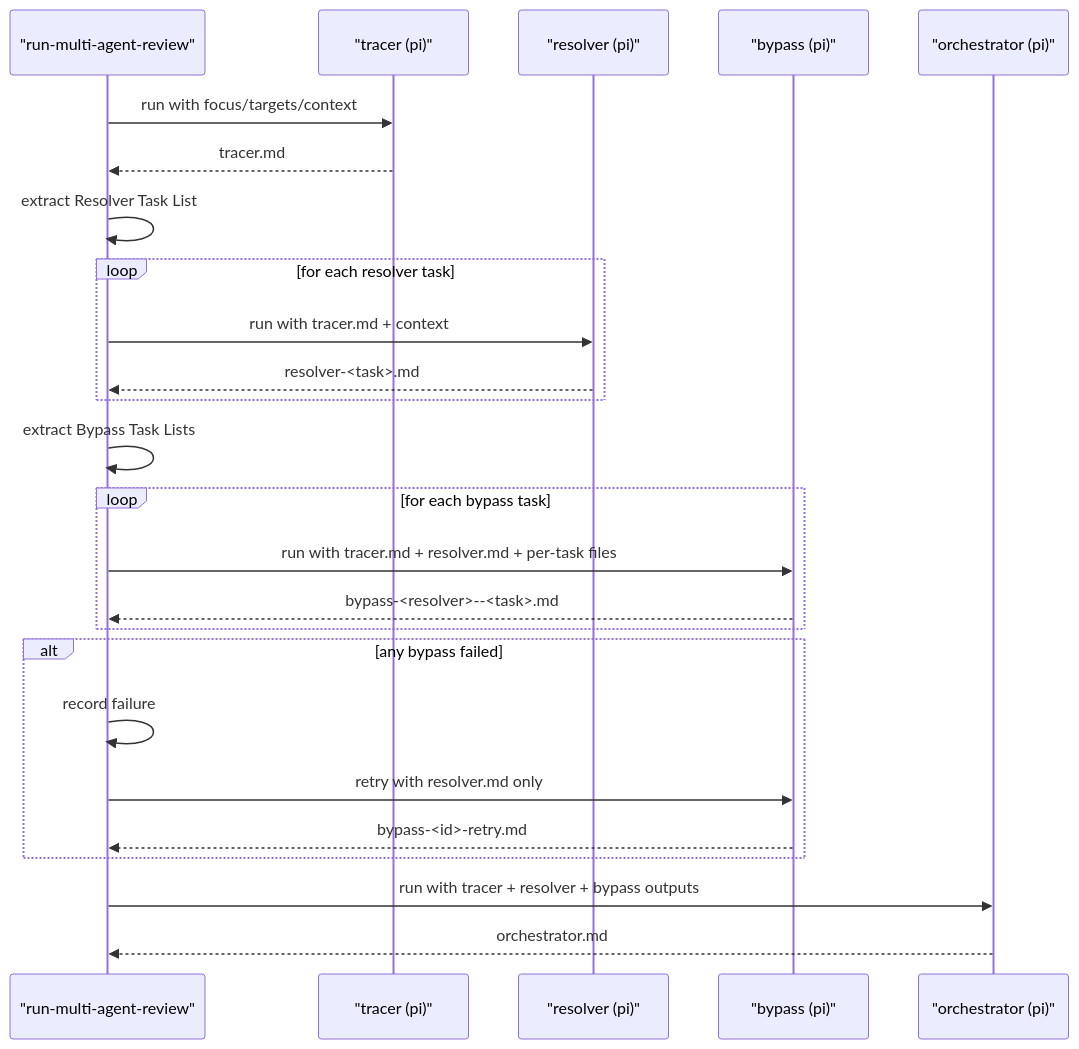
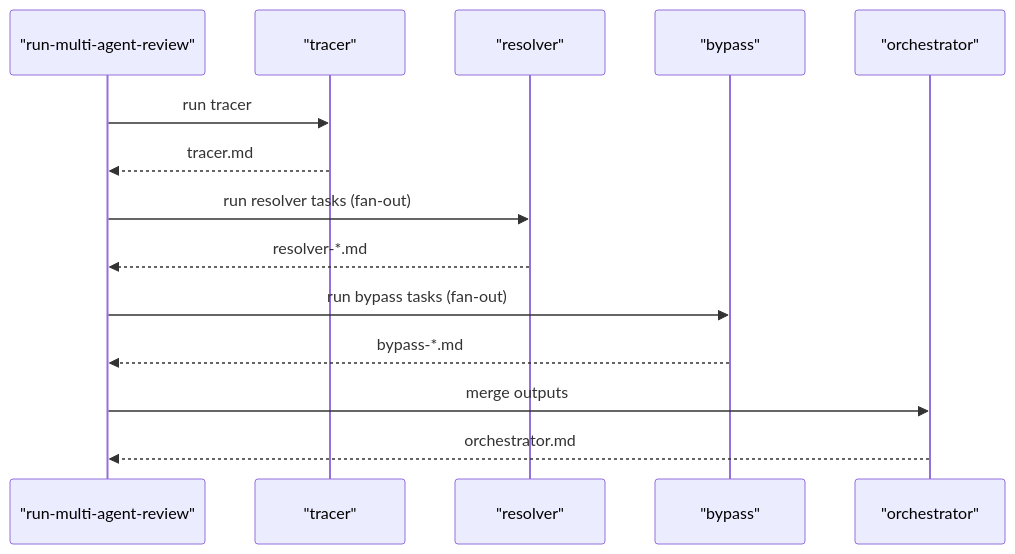
The diagram in skills/multi-agent-security-review/README.md (PSPDFKit-labs/pi-skills), drawn with Mermaid before and after one commit.

Commit message:
mermaid skill chart fix

````diff
--- a/skills/multi-agent-security-review/README.md
+++ b/skills/multi-agent-security-review/README.md
@@ -17,32 +17,17 @@
 ```mermaid
 sequenceDiagram
   participant Runner as "run-multi-agent-review"
-  participant Tracer as "tracer (pi)"
-  participant Resolver as "resolver (pi)"
-  participant Bypass as "bypass (pi)"
-  participant Orchestrator as "orchestrator (pi)"
+  participant Tracer as "tracer"
+  participant Resolver as "resolver"
+  participant Bypass as "bypass"
+  participant Orchestrator as "orchestrator"
 
-  Runner->>Tracer: run with focus/targets/context
+  Runner->>Tracer: run tracer
   Tracer-->>Runner: tracer.md
-
-  Runner->>Runner: extract Resolver Task List
-  loop for each resolver task
-    Runner->>Resolver: run with tracer.md + context
-    Resolver-->>Runner: resolver-<task>.md
-  end
-
-  Runner->>Runner: extract Bypass Task Lists
-  loop for each bypass task
-    Runner->>Bypass: run with tracer.md + resolver.md + per-task files
-    Bypass-->>Runner: bypass-<resolver>--<task>.md
-  end
-
-  alt any bypass failed
-    Runner->>Runner: record failure
-    Runner->>Bypass: retry with resolver.md only
-    Bypass-->>Runner: bypass-<id>-retry.md
-  end
-
-  Runner->>Orchestrator: run with tracer + resolver + bypass outputs
+  Runner->>Resolver: run resolver tasks (fan-out)
+  Resolver-->>Runner: resolver-*.md
+  Runner->>Bypass: run bypass tasks (fan-out)
+  Bypass-->>Runner: bypass-*.md
+  Runner->>Orchestrator: merge outputs
   Orchestrator-->>Runner: orchestrator.md
 ```
````
